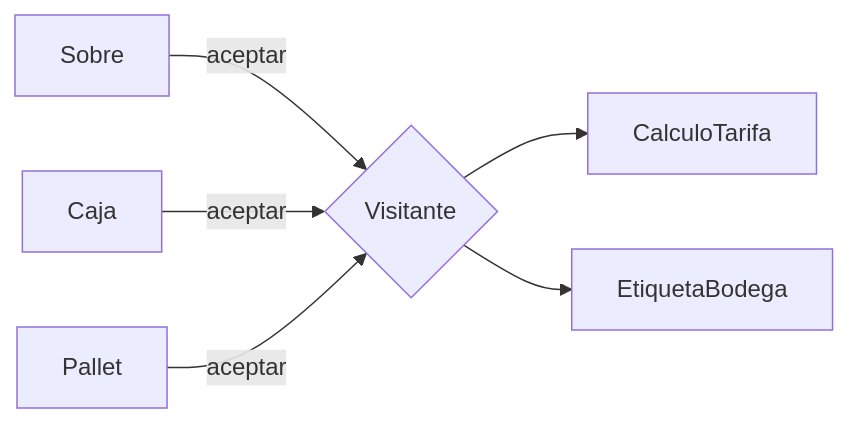
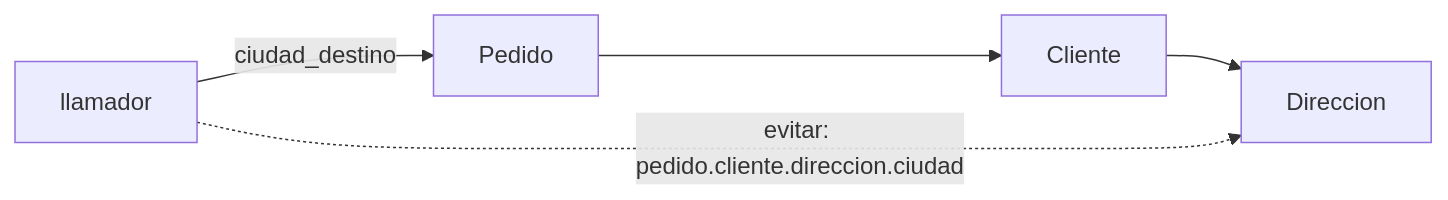
Before and after one commit to NICORUIZ93/The_Imperial_Book: the third of 4 diagrams in web/public/content/foundations/modulo-14.md, drawn with Mermaid. The commit also changed other lines of this file and 36 other files, not shown here.

````diff
--- a/web/public/content/foundations/modulo-14.md
+++ b/web/public/content/foundations/modulo-14.md
@@ -681,8 +232,7 @@
 ```mermaid
 flowchart LR
-    S[Sobre] -- aceptar --> V{Visitante}
-    K[Caja] -- aceptar --> V
-    P[Pallet] -- aceptar --> V
-    V --> T[CalculoTarifa]
-    V --> E[EtiquetaBodega]
+    L[llamador] -- ciudad_destino --> P[Pedido]
+    P --> C[Cliente]
+    C --> D[Direccion]
+    L -. "evitar: pedido.cliente.direccion.ciudad" .-> D
 ```
````
